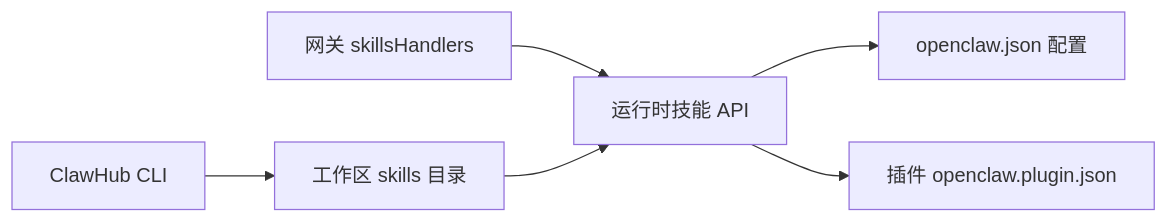
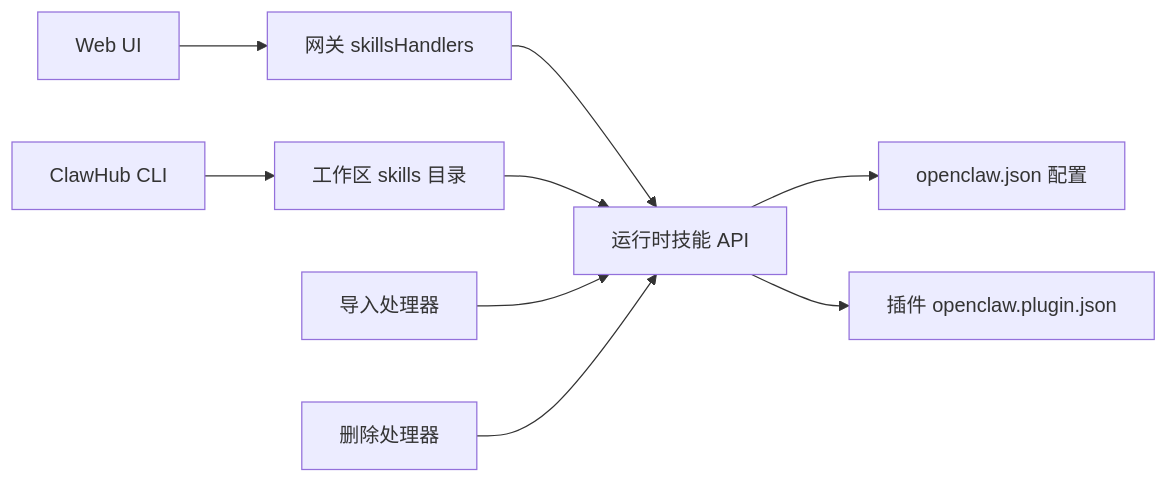
Before and after one commit to verse-ai-org/openclaw: the ninth of 9 diagrams in .qoder/repowiki/zh/content/技能平台/技能管理.md, drawn with Mermaid. The commit also changed other lines of this file and 33 other files, not shown here.

````diff
--- a/.qoder/repowiki/zh/content/技能平台/技能管理.md
+++ b/.qoder/repowiki/zh/content/技能平台/技能管理.md
@@ -423,8 +543,11 @@
 ```mermaid
 graph LR
 GW["网关 skillsHandlers"] --> RT["运行时技能 API"]
 RT --> CFG["openclaw.json 配置"]
 RT --> PLG["插件 openclaw.plugin.json"]
 CLI["ClawHub CLI"] --> WS["工作区 skills 目录"]
 WS --> RT
+UI["Web UI"] --> GW
+IM["导入处理器"] --> RT
+RM["删除处理器"] --> RT
 ```
````
